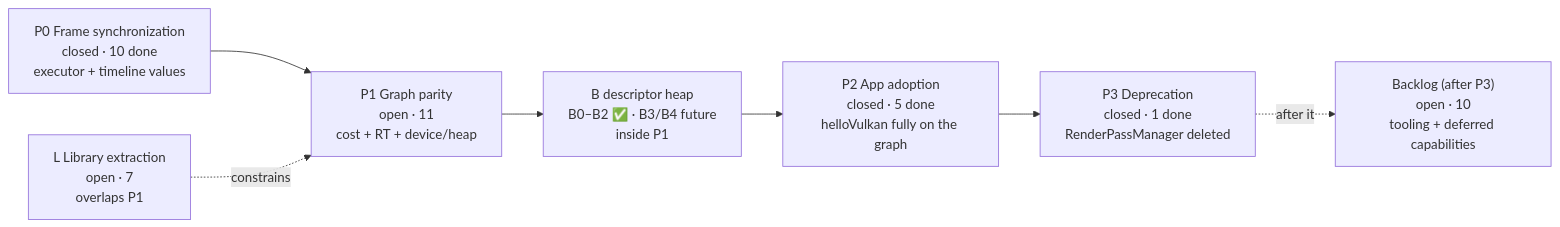
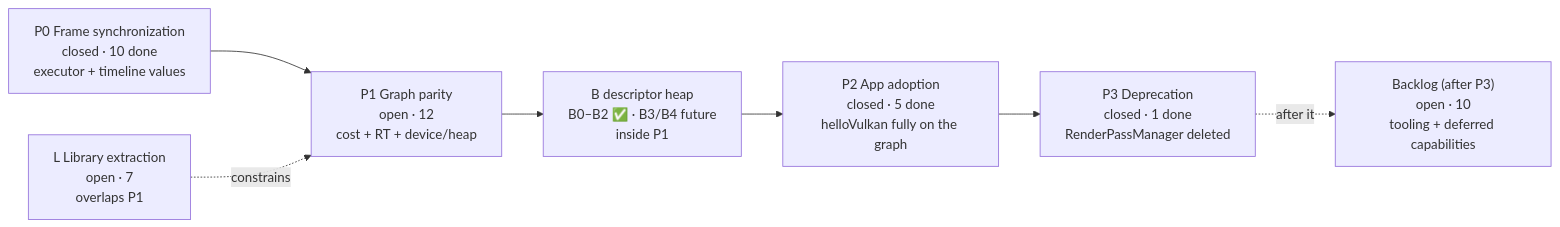
The first of 2 diagrams in docs/Roadmap-Visual.md (v3c70r/Muyo), drawn with Mermaid before and after one commit. The commit also changed other lines of this file and 2 other files, not shown here.

````diff
--- a/docs/Roadmap-Visual.md
+++ b/docs/Roadmap-Visual.md
@@ -22,13 +22,13 @@
 ```mermaid
 flowchart LR
     P0["P0 Frame synchronization<br/>closed · 10 done<br/>executor + timeline values"]
-    P1["P1 Graph parity<br/>open · 11<br/>cost + RT + device/heap"]
+    P1["P1 Graph parity<br/>open · 12<br/>cost + RT + device/heap"]
     B["B descriptor heap<br/>B0–B2 ✅ · B3/B4 future<br/>inside P1"]
     P2["P2 App adoption<br/>closed · 5 done<br/>helloVulkan fully on the graph"]
     P3["P3 Deprecation<br/>closed · 1 done<br/>RenderPassManager deleted"]
     L["L Library extraction<br/>open · 7<br/>overlaps P1"]
     BL["Backlog (after P3)<br/>open · 10<br/>tooling + deferred capabilities"]
     P0 --> P1 --> B --> P2 --> P3
     L -. constrains .-> P1
     P3 -. after it .-> BL
 ```
````
